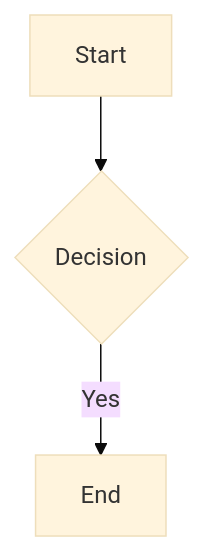
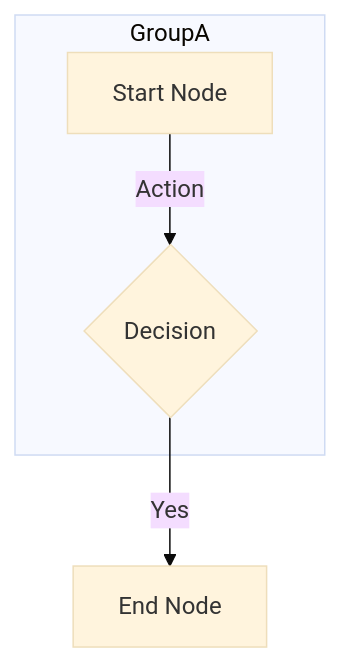
The diagram in GEMINI.md (nakashima2toshio/gemini_grace_agent), drawn with Mermaid (base theme) before and after one commit. The commit also changed other lines of this file and 23 other files, not shown here.

````diff
--- a/GEMINI.md
+++ b/GEMINI.md
@@ -122,5 +126,7 @@
         ```mermaid
         graph TD
-            A[Start] --> B{Decision}
-            B -->|Yes| C[End]
+            subgraph GroupA
+                A["Start Node"] -->|"Action"| B{"Decision"}
+            end
+            B -->|"Yes"| C["End Node"]
         ```
````
